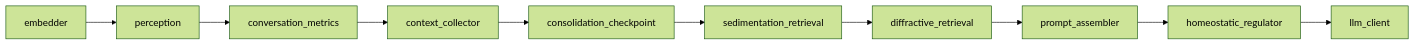
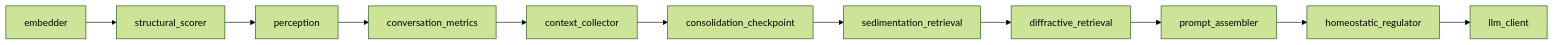
Before and after one commit to sympoietic-systems/AAA: the fourth of 5 diagrams in docs/ARCHITECTURE.md, drawn with Mermaid (forest theme). The commit also changed other lines of this file and 14 other files, not shown here.

Commit message:
feat: implement DiffractiveRetrievalModule and core infrastructure for contextual conversation memory management

````diff
--- a/docs/ARCHITECTURE.md
+++ b/docs/ARCHITECTURE.md
@@ -209,4 +216,4 @@
 ```mermaid
 graph LR
-    embedder --> perception --> conversation_metrics --> context_collector --> consolidation_checkpoint --> sedimentation_retrieval --> diffractive_retrieval --> prompt_assembler --> homeostatic_regulator --> llm_client
+    embedder --> structural_scorer --> perception --> conversation_metrics --> context_collector --> consolidation_checkpoint --> sedimentation_retrieval --> diffractive_retrieval --> prompt_assembler --> homeostatic_regulator --> llm_client
 ```
````
